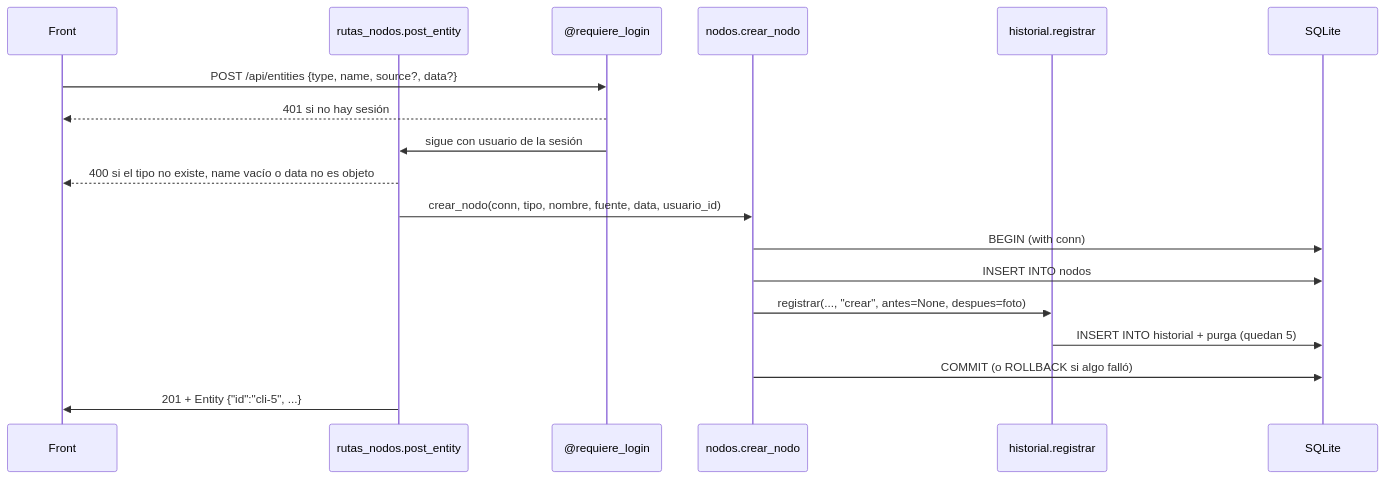
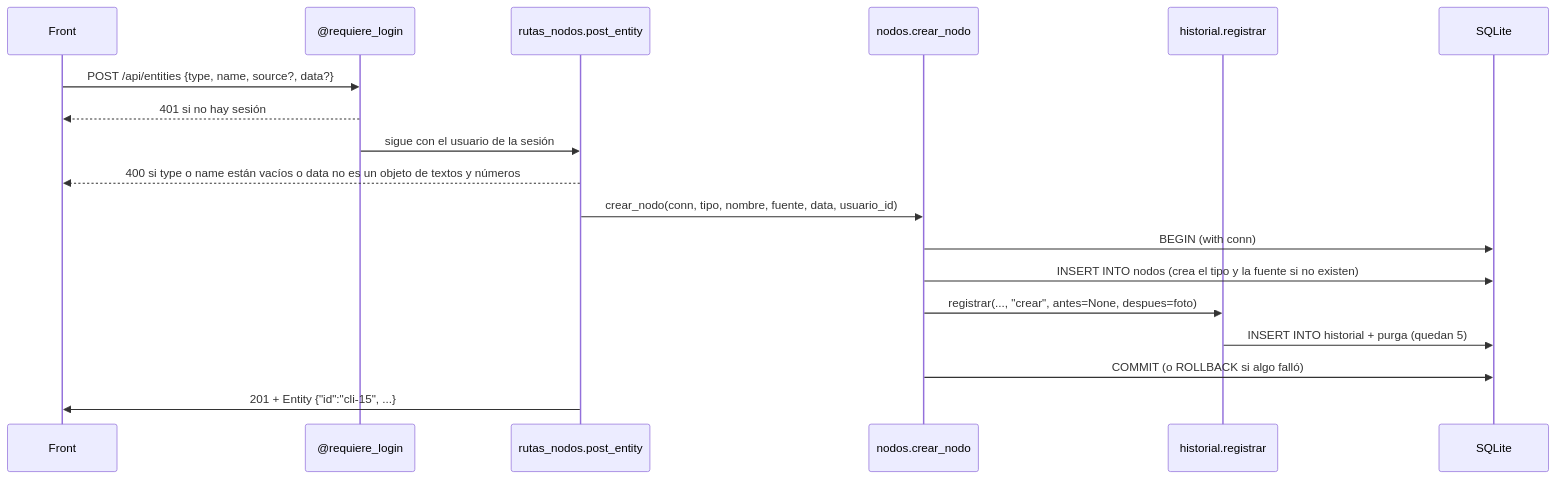
One commit to LDWinter/bd-desde-cero changed the second of 2 diagrams in docs/BACKEND.md. Above: the diagram before and after it, drawn with Mermaid. The commit also changed other lines of this file and 3 other files, not shown here.

````diff
--- a/docs/BACKEND.md
+++ b/docs/BACKEND.md
@@ -84,20 +73,20 @@
 ```mermaid
 sequenceDiagram
     participant Front
+    participant Login as @requiere_login
     participant Ruta as rutas_nodos.post_entity
-    participant Login as @requiere_login
     participant Nodos as nodos.crear_nodo
     participant Hist as historial.registrar
     participant BD as SQLite
     Front->>Login: POST /api/entities {type, name, source?, data?}
     Login-->>Front: 401 si no hay sesión
-    Login->>Ruta: sigue con usuario de la sesión
-    Ruta-->>Front: 400 si el tipo no existe, name vacío o data no es objeto
+    Login->>Ruta: sigue con el usuario de la sesión
+    Ruta-->>Front: 400 si type o name están vacíos o data no es un objeto de textos y números
     Ruta->>Nodos: crear_nodo(conn, tipo, nombre, fuente, data, usuario_id)
     Nodos->>BD: BEGIN (with conn)
-    Nodos->>BD: INSERT INTO nodos
+    Nodos->>BD: INSERT INTO nodos (crea el tipo y la fuente si no existen)
     Nodos->>Hist: registrar(..., "crear", antes=None, despues=foto)
     Hist->>BD: INSERT INTO historial + purga (quedan 5)
     Nodos->>BD: COMMIT (o ROLLBACK si algo falló)
-    Ruta->>Front: 201 + Entity {"id":"cli-5", ...}
+    Ruta->>Front: 201 + Entity {"id":"cli-15", ...}
 ```
````
